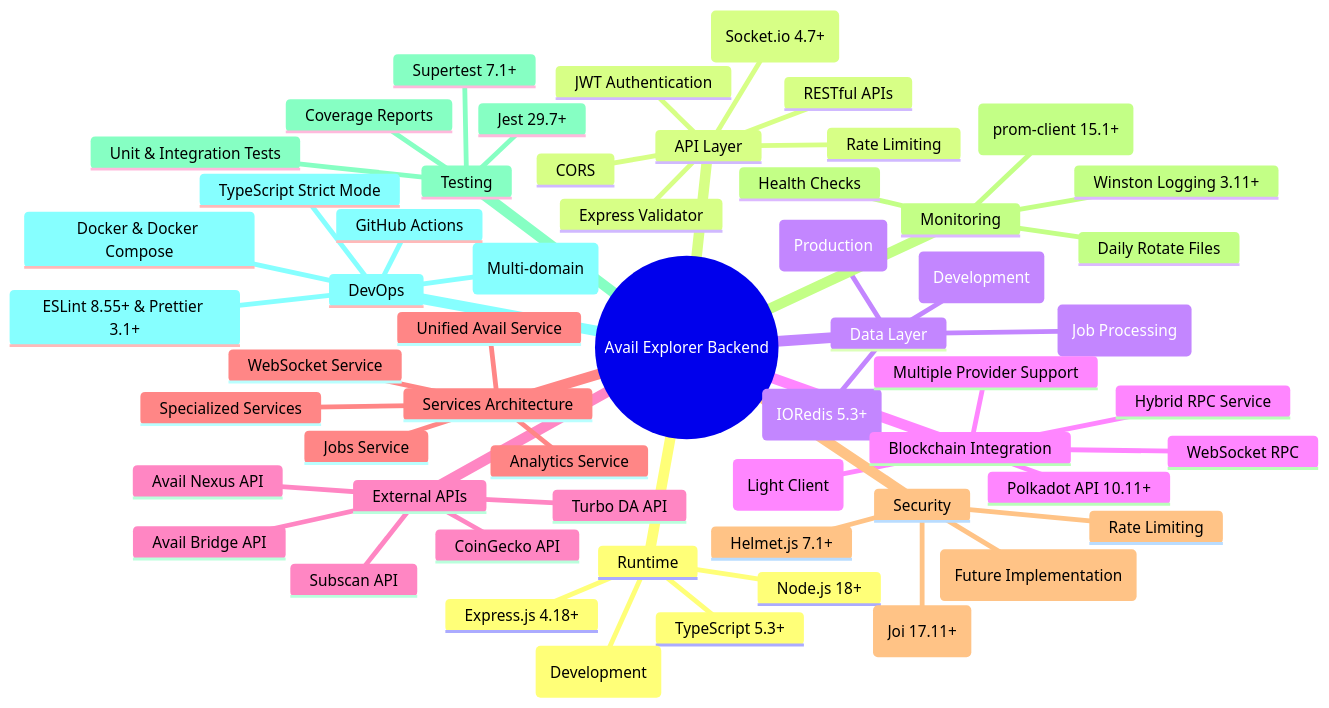
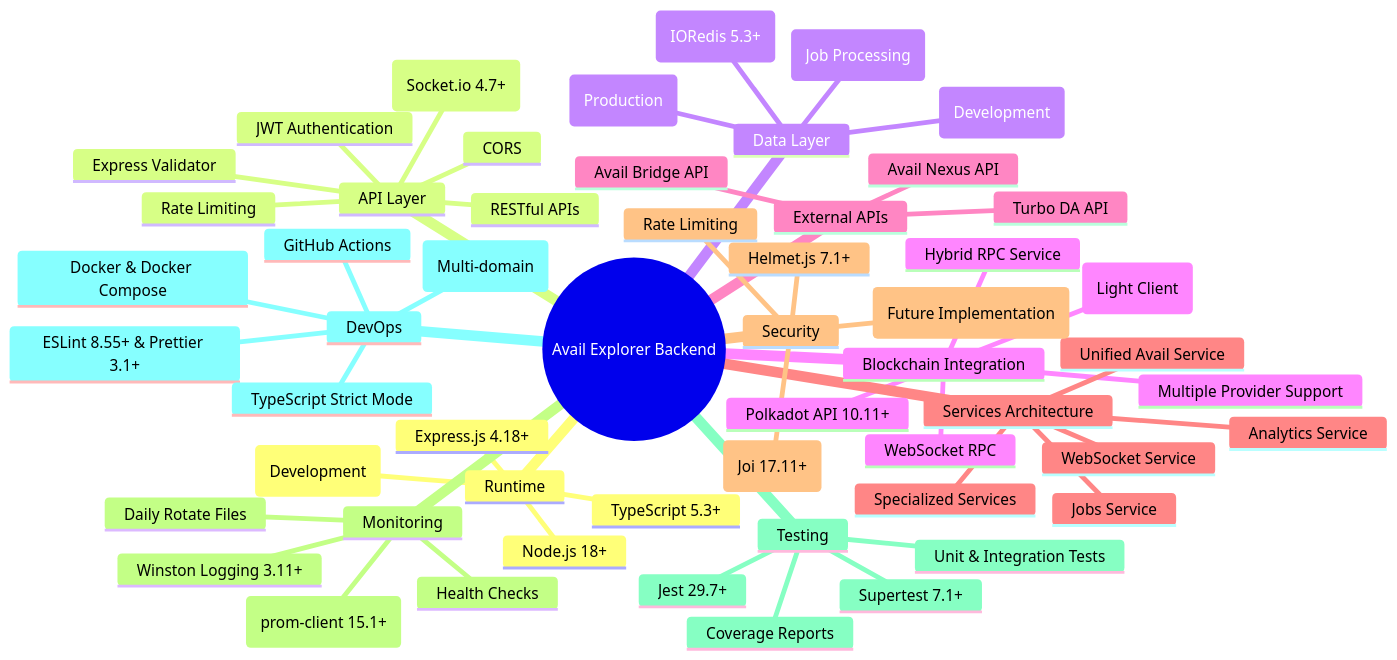
Before and after one commit to avail-dashboard/server: the fourth of 8 diagrams in AI Documentation/Project_Architecture_Diagram.md, drawn with Mermaid. The commit also changed other lines of this file and 5 other files, not shown here.

````diff
--- a/AI Documentation/Project_Architecture_Diagram.md
+++ b/AI Documentation/Project_Architecture_Diagram.md
@@ -309,60 +306,58 @@
 ```mermaid
 mindmap
   root((Avail Explorer Backend))
     Runtime
       Node.js 18+
       TypeScript 5.3+
       Express.js 4.18+
       tsx (Development)
     API Layer
       RESTful APIs
       WebSocket (Socket.io 4.7+)
       Rate Limiting
       CORS
       JWT Authentication
       Express Validator
     Data Layer
       SQLite (Development)
       PostgreSQL 15 (Production)
       Redis 7 (IORedis 5.3+)
       Bull Queue (Job Processing)
     Blockchain Integration
       Polkadot API 10.11+
       Smoldot 2.0+ (Light Client)
       WebSocket RPC
       Hybrid RPC Service
       Multiple Provider Support
     External APIs
-      Subscan API
-      CoinGecko API
       Turbo DA API
       Avail Nexus API
       Avail Bridge API
     Services Architecture
       Unified Avail Service
       Specialized Services
       Analytics Service
       WebSocket Service
       Jobs Service
     Security
       Helmet.js 7.1+
       Input Validation (Joi 17.11+)
       JWT (Future Implementation)
       Rate Limiting
     Monitoring
       Winston Logging 3.11+
       Daily Rotate Files
       Prometheus Metrics (prom-client 15.1+)
       Health Checks
     Testing
       Jest 29.7+
       Supertest 7.1+
       Unit & Integration Tests
       Coverage Reports
     DevOps
       Docker & Docker Compose
       Nginx (Multi-domain)
       GitHub Actions
       ESLint 8.55+ & Prettier 3.1+
       TypeScript Strict Mode
 ```
````
